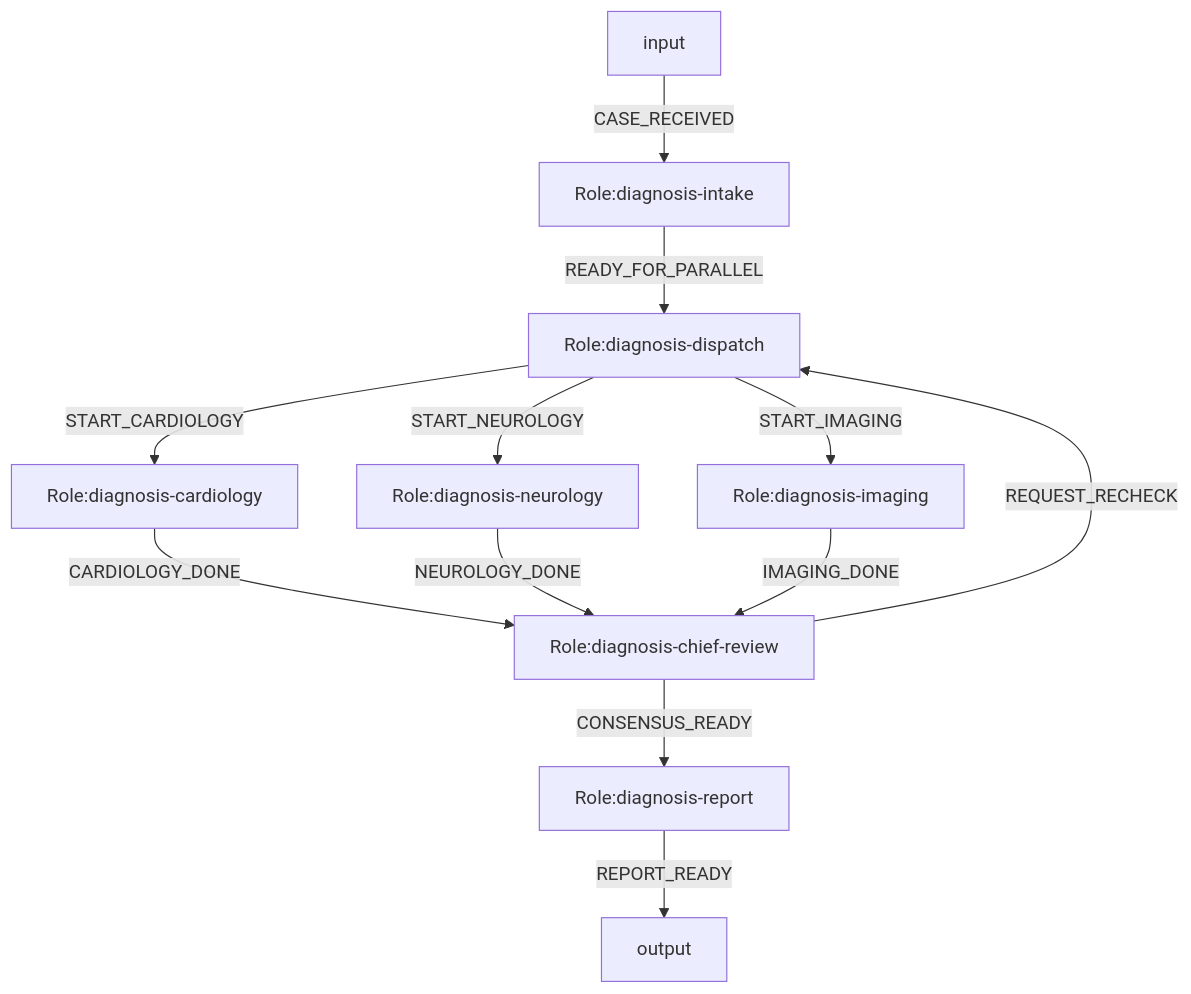
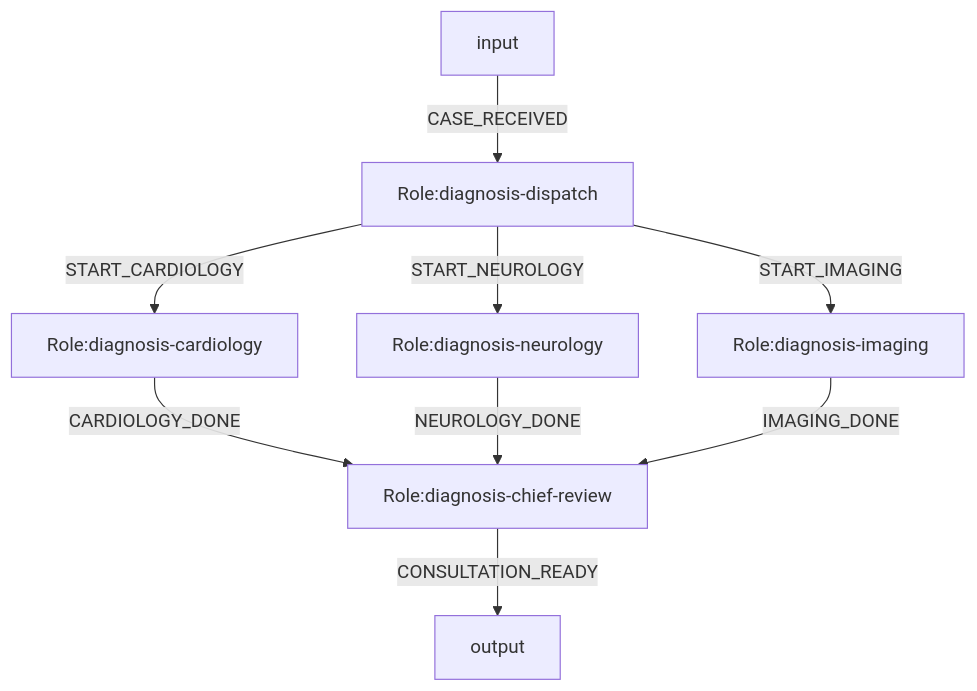
The diagram in examples/langgraph-expert-consultation/system.mmd (Fredericzhou/ogsystem), drawn with Mermaid before and after one commit. The commit also changed 69 other files, not shown here.

```diff
--- a/examples/langgraph-expert-consultation/system.mmd
+++ b/examples/langgraph-expert-consultation/system.mmd
@@ -1,32 +1,26 @@
 flowchart TD
 %% engine=langgraph
 %% system.id=medical.expert.consultation
 %% system.version=1.0.0
 %% law.global=law.medical.consultation.base
-%% entry.role=diagnosis-intake
+%% entry.role=diagnosis-dispatch
 %% role.mode.diagnosis-dispatch=parallel_split
 %% join.mode.diagnosis-chief-review=all_of
 %% join.sources.diagnosis-chief-review=diagnosis-cardiology,diagnosis-neurology,diagnosis-imaging
-%% loop.max.diagnosis-dispatch=2
-%% model.bind.diagnosis-intake=fast-gpt54
 %% model.bind.diagnosis-dispatch=fast-gpt54
-%% model.bind.diagnosis-cardiology=claude-sonnet
+%% model.bind.diagnosis-cardiology=balanced-gpt52
 %% model.bind.diagnosis-neurology=deep-o3
-%% model.bind.diagnosis-imaging=deep-o3
+%% model.bind.diagnosis-imaging=steady-gpt54
 %% model.bind.diagnosis-chief-review=deep-o3
-%% model.bind.diagnosis-report=fast-gpt54
 
-input -->|CASE_RECEIVED| diagnosis-intake[Role:diagnosis-intake]
-diagnosis-intake[Role:diagnosis-intake] -->|READY_FOR_PARALLEL| diagnosis-dispatch[Role:diagnosis-dispatch]
+input -->|CASE_RECEIVED| diagnosis-dispatch[Role:diagnosis-dispatch]
 
 diagnosis-dispatch[Role:diagnosis-dispatch] -->|START_CARDIOLOGY| diagnosis-cardiology[Role:diagnosis-cardiology]
 diagnosis-dispatch[Role:diagnosis-dispatch] -->|START_NEUROLOGY| diagnosis-neurology[Role:diagnosis-neurology]
 diagnosis-dispatch[Role:diagnosis-dispatch] -->|START_IMAGING| diagnosis-imaging[Role:diagnosis-imaging]
 
 diagnosis-cardiology[Role:diagnosis-cardiology] -->|CARDIOLOGY_DONE| diagnosis-chief-review[Role:diagnosis-chief-review]
 diagnosis-neurology[Role:diagnosis-neurology] -->|NEUROLOGY_DONE| diagnosis-chief-review[Role:diagnosis-chief-review]
 diagnosis-imaging[Role:diagnosis-imaging] -->|IMAGING_DONE| diagnosis-chief-review[Role:diagnosis-chief-review]
 
-diagnosis-chief-review[Role:diagnosis-chief-review] -->|REQUEST_RECHECK| diagnosis-dispatch[Role:diagnosis-dispatch]
-diagnosis-chief-review[Role:diagnosis-chief-review] -->|CONSENSUS_READY| diagnosis-report[Role:diagnosis-report]
-diagnosis-report[Role:diagnosis-report] -->|REPORT_READY| output
+diagnosis-chief-review[Role:diagnosis-chief-review] -->|CONSULTATION_READY| output
```
